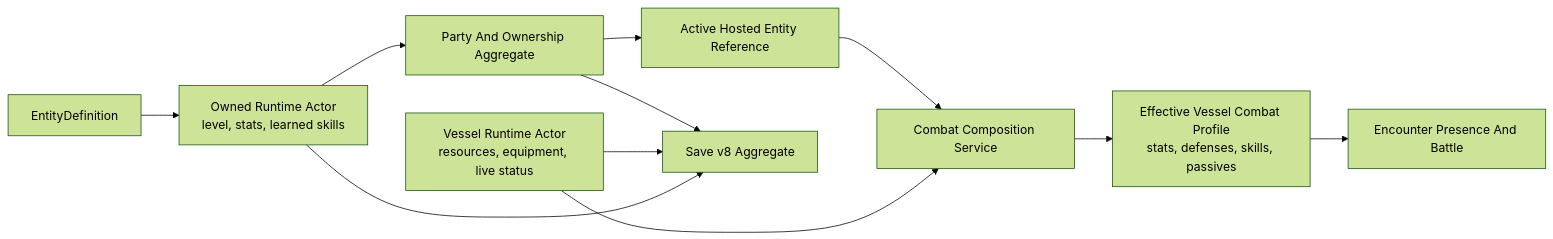
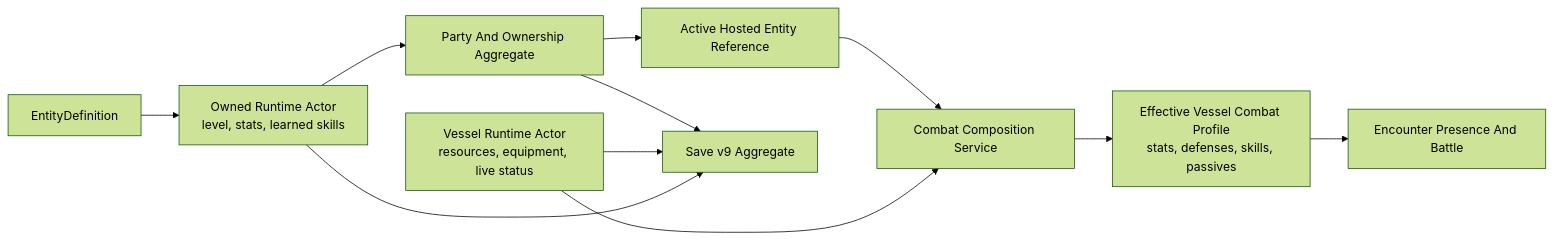
The diagram in docs/roadmap/actor-composition-progression-roster-roadmap.md (KayelC/Convergence), drawn with Mermaid (forest theme) before and after one commit. The commit also changed other lines of this file and 1 other file, not shown here.

Commit message:
docs: reconcile roadmap completion evidence

````diff
--- a/docs/roadmap/actor-composition-progression-roster-roadmap.md
+++ b/docs/roadmap/actor-composition-progression-roster-roadmap.md
@@ -141,23 +149,23 @@
 ```mermaid
 flowchart LR
     Entity["EntityDefinition"]
     Owned["Owned Runtime Actor<br/>level, stats, learned skills"]
     Roster["Party And Ownership Aggregate"]
     Active["Active Hosted Entity Reference"]
     Vessel["Vessel Runtime Actor<br/>resources, equipment, live status"]
     Compose["Combat Composition Service"]
     Profile["Effective Vessel Combat Profile<br/>stats, defenses, skills, passives"]
     Encounter["Encounter Presence And Battle"]
-    Save["Save v8 Aggregate"]
+    Save["Save v9 Aggregate"]
 
     Entity --> Owned
     Owned --> Roster
     Roster --> Active
     Active --> Compose
     Vessel --> Compose
     Compose --> Profile
     Profile --> Encounter
     Roster --> Save
     Vessel --> Save
     Owned --> Save
 ```
````
